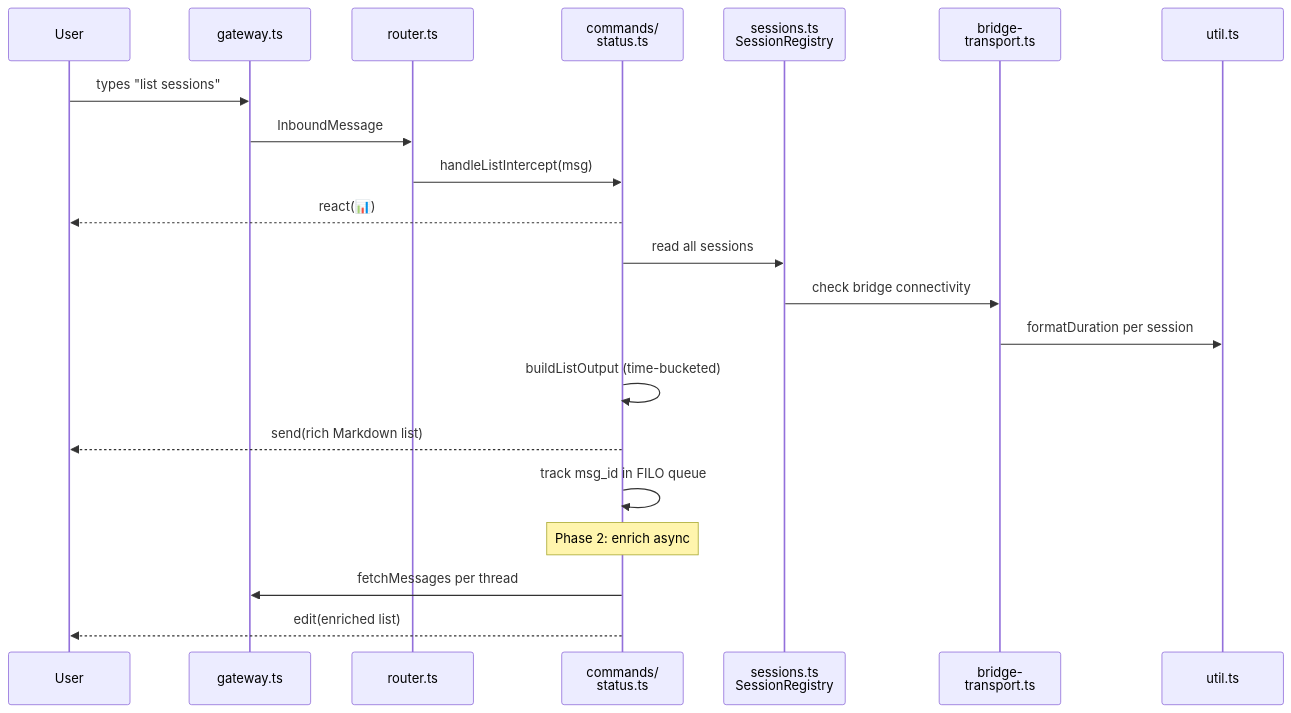
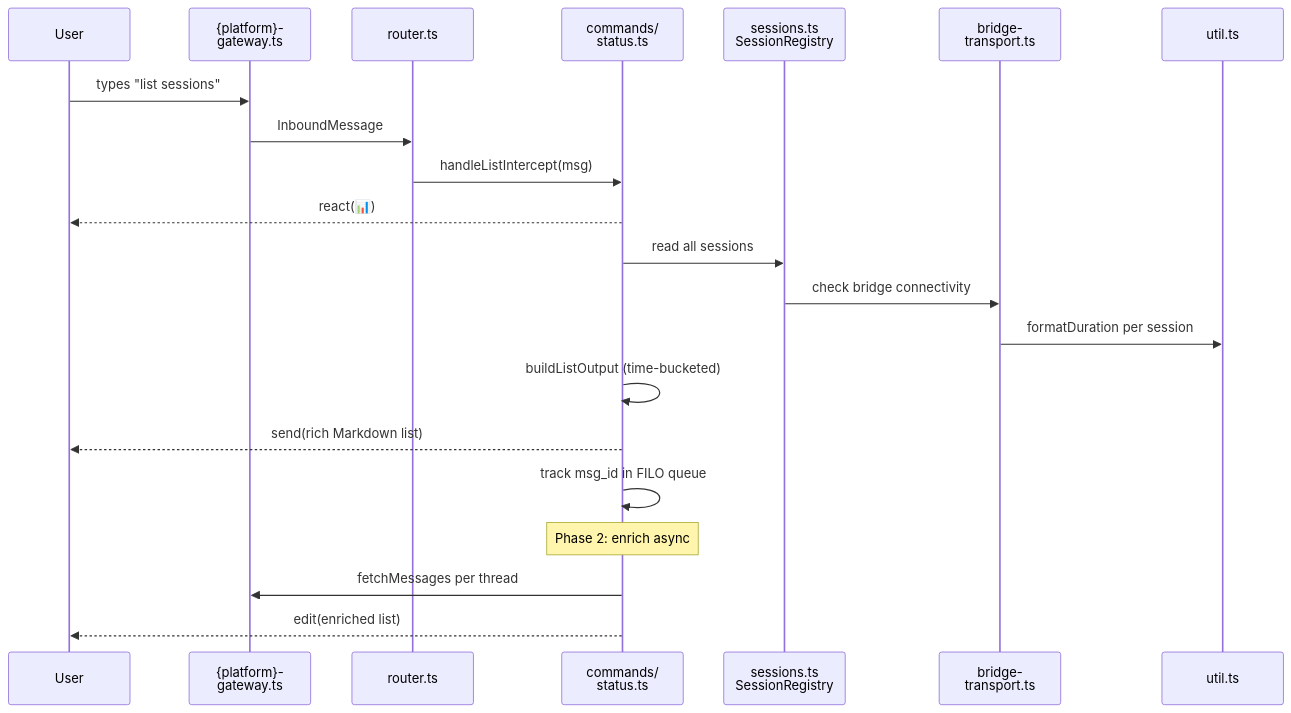
Before and after one commit to sf8193/hydra: the diagram in diagrams/flow-list-sessions.mmd, drawn with Mermaid. The commit also changed 8 other files, not shown here.

First line of the commit message:
feat: diagram audit, README, CLAUDE.md mention

```diff
--- a/diagrams/flow-list-sessions.mmd
+++ b/diagrams/flow-list-sessions.mmd
@@ -1,25 +1,25 @@
 %% list sessions — Flow Through Layers
 %% Reads all sessions, formats time-bucketed display, enriches progressively.
 
 sequenceDiagram
     participant User
-    participant gateway as gateway.ts
+    participant gateway as {platform}-<br/>gateway.ts
     participant router as router.ts
     participant status as commands/<br/>status.ts
     participant sessions as sessions.ts<br/>SessionRegistry
     participant transport as bridge-<br/>transport.ts
     participant util as util.ts
 
     User->>gateway: types "list sessions"
     gateway->>router: InboundMessage
     router->>status: handleListIntercept(msg)
     status-->>User: react(📊)
     status->>sessions: read all sessions
     sessions->>transport: check bridge connectivity
     transport->>util: formatDuration per session
     status->>status: buildListOutput (time-bucketed)
     status-->>User: send(rich Markdown list)
     status->>status: track msg_id in FILO queue
     Note over status: Phase 2: enrich async
     status->>gateway: fetchMessages per thread
     status-->>User: edit(enriched list)
```
